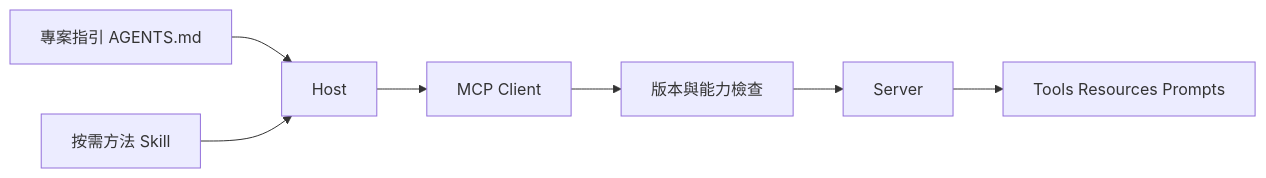
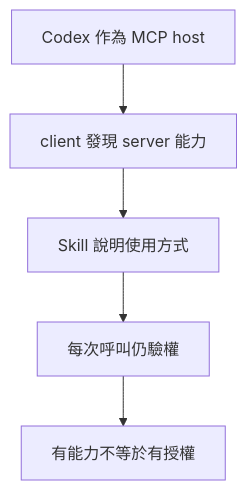
One commit to easyvibecoding/Agent-Engineering changed the diagram in chapters/protocols/09-mcp-skills-and-discovery/lesson.md. Above: the diagram before and after it, drawn with Mermaid. The commit also changed other lines of this file and 139 other files, not shown here.

````diff
--- a/chapters/protocols/09-mcp-skills-and-discovery/lesson.md
+++ b/chapters/protocols/09-mcp-skills-and-discovery/lesson.md
@@ -37,9 +62,12 @@
 ```mermaid
-flowchart LR
-  A["專案指引 AGENTS.md"] --> H["Host"]
-  S["按需方法 Skill"] --> H
-  H --> C["MCP Client"]
-  C --> V["版本與能力檢查"]
-  V --> R["Server"]
-  R --> T["Tools Resources Prompts"]
+flowchart TD
+    A["Codex 作為 MCP host"]
+    B["client 發現 server 能力"]
+    C["Skill 說明使用方式"]
+    D["每次呼叫仍驗權"]
+    E["有能力不等於有授權"]
+    A --> B
+    B --> C
+    C --> D
+    D --> E
 ```
````
